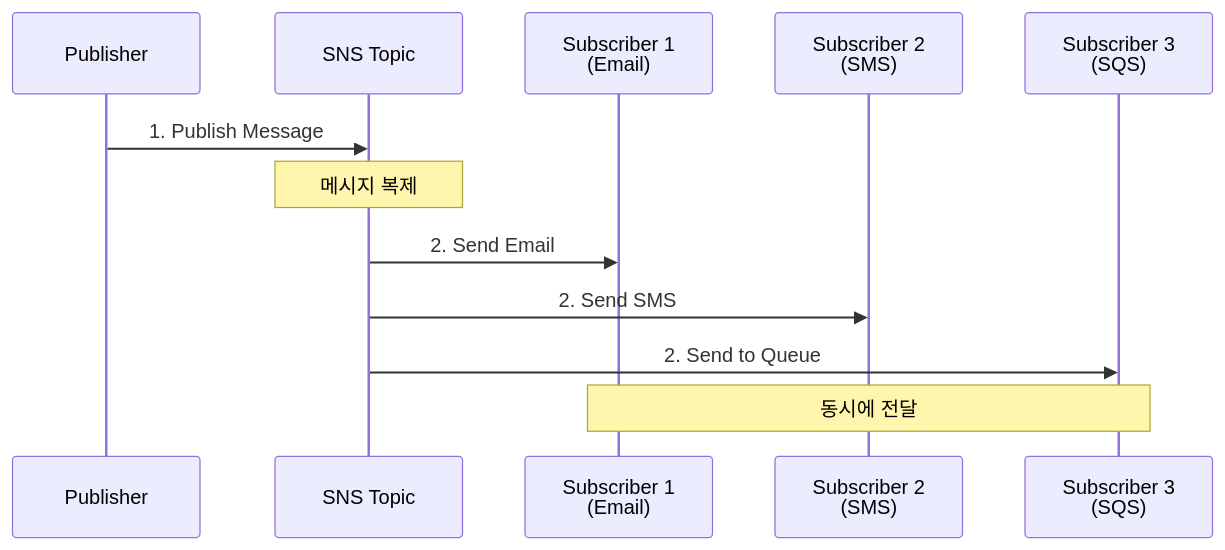
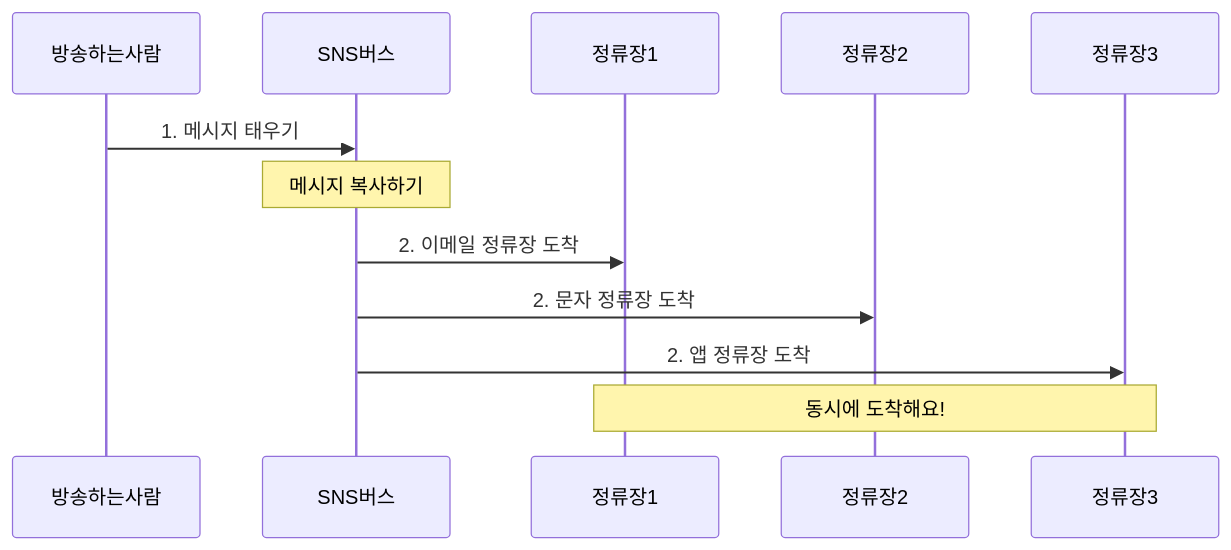
The third of 7 diagrams in theory/november/week_02/day1/session_2.md (niceguy61/kdt_devops_lecture_2025), drawn with Mermaid before and after one commit. The commit also changed other lines of this file and 1 other file, not shown here.

````diff
--- a/theory/november/week_02/day1/session_2.md
+++ b/theory/november/week_02/day1/session_2.md
@@ -115,16 +183,16 @@
 ```mermaid
 sequenceDiagram
-    participant P as Publisher
-    participant T as SNS Topic
-    participant S1 as Subscriber 1<br/>(Email)
-    participant S2 as Subscriber 2<br/>(SMS)
-    participant S3 as Subscriber 3<br/>(SQS)
+    participant 방송하는사람
+    participant SNS버스
+    participant 정류장1
+    participant 정류장2
+    participant 정류장3
     
-    P->>T: 1. Publish Message
-    Note over T: 메시지 복제
-    T->>S1: 2. Send Email
-    T->>S2: 2. Send SMS
-    T->>S3: 2. Send to Queue
+    방송하는사람->>SNS버스: 1. 메시지 태우기
+    Note over SNS버스: 메시지 복사하기
+    SNS버스->>정류장1: 2. 이메일 정류장 도착
+    SNS버스->>정류장2: 2. 문자 정류장 도착
+    SNS버스->>정류장3: 2. 앱 정류장 도착
     
-    Note over S1,S3: 동시에 전달
+    Note over 정류장1,정류장3: 동시에 도착해요!
 ```
````
